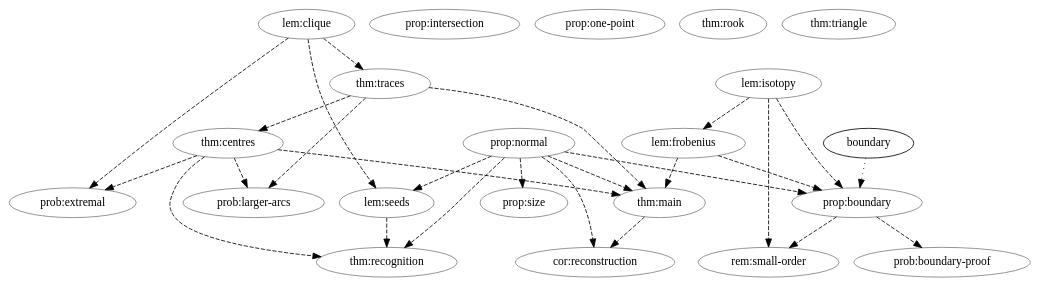
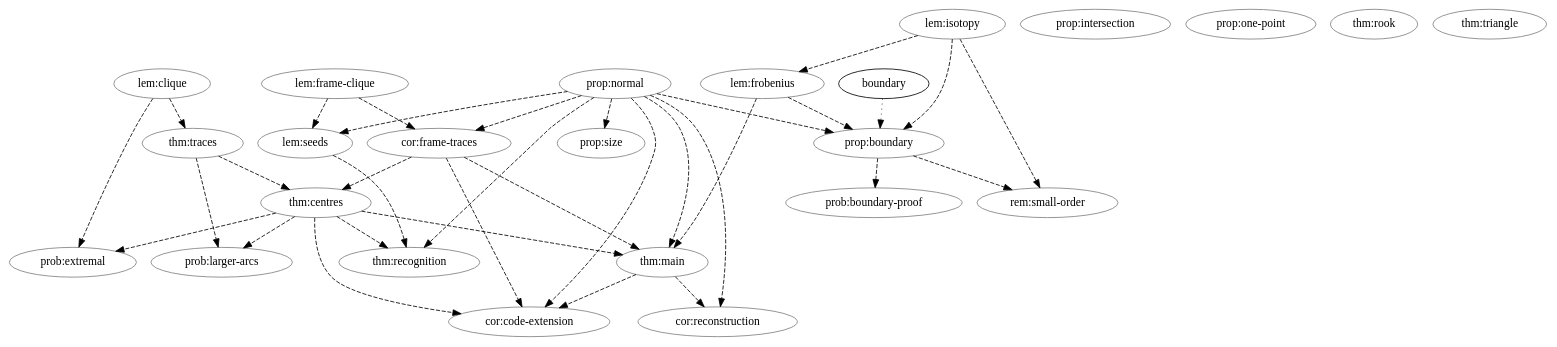
Before and after one commit to tavisrudd/othello: the diagram in papers/continuation-graph-rigidity/verification/dependency-graph.dot, drawn with Graphviz. The commit also changed 22 other files, not shown here.

```diff
--- a/papers/continuation-graph-rigidity/verification/dependency-graph.dot
+++ b/papers/continuation-graph-rigidity/verification/dependency-graph.dot
@@ -1,48 +1,58 @@
 digraph claims {
+  "cor:code-extension" [color="gray"];
+  "thm:main" -> "cor:code-extension" [style=dashed];
+  "prop:normal" -> "cor:code-extension" [style=dashed];
+  "cor:frame-traces" -> "cor:code-extension" [style=dashed];
+  "thm:centres" -> "cor:code-extension" [style=dashed];
+  "cor:frame-traces" [color="gray"];
+  "lem:frame-clique" -> "cor:frame-traces" [style=dashed];
+  "prop:normal" -> "cor:frame-traces" [style=dashed];
   "cor:reconstruction" [color="gray"];
   "thm:main" -> "cor:reconstruction" [style=dashed];
   "prop:normal" -> "cor:reconstruction" [style=dashed];
   "lem:clique" [color="gray"];
+  "lem:frame-clique" [color="gray"];
   "lem:frobenius" [color="gray"];
   "lem:isotopy" -> "lem:frobenius" [style=dashed];
   "lem:isotopy" [color="gray"];
   "lem:seeds" [color="gray"];
   "prop:normal" -> "lem:seeds" [style=dashed];
-  "lem:clique" -> "lem:seeds" [style=dashed];
+  "lem:frame-clique" -> "lem:seeds" [style=dashed];
   "prob:boundary-proof" [color="gray"];
   "prop:boundary" -> "prob:boundary-proof" [style=dashed];
   "prob:extremal" [color="gray"];
   "lem:clique" -> "prob:extremal" [style=dashed];
   "thm:centres" -> "prob:extremal" [style=dashed];
   "prob:larger-arcs" [color="gray"];
   "thm:traces" -> "prob:larger-arcs" [style=dashed];
   "thm:centres" -> "prob:larger-arcs" [style=dashed];
   "prop:boundary" [color="gray"];
   "prop:normal" -> "prop:boundary" [style=dashed];
   "lem:isotopy" -> "prop:boundary" [style=dashed];
   "lem:frobenius" -> "prop:boundary" [style=dashed];
   "boundary" -> "prop:boundary" [style=dotted];
   "prop:intersection" [color="gray"];
   "prop:normal" [color="gray"];
   "prop:one-point" [color="gray"];
   "prop:size" [color="gray"];
   "prop:normal" -> "prop:size" [style=dashed];
   "rem:small-order" [color="gray"];
   "prop:boundary" -> "rem:small-order" [style=dashed];
   "lem:isotopy" -> "rem:small-order" [style=dashed];
   "thm:centres" [color="gray"];
+  "cor:frame-traces" -> "thm:centres" [style=dashed];
   "thm:traces" -> "thm:centres" [style=dashed];
   "thm:main" [color="gray"];
-  "thm:traces" -> "thm:main" [style=dashed];
+  "cor:frame-traces" -> "thm:main" [style=dashed];
   "thm:centres" -> "thm:main" [style=dashed];
   "prop:normal" -> "thm:main" [style=dashed];
   "lem:frobenius" -> "thm:main" [style=dashed];
   "thm:recognition" [color="gray"];
   "lem:seeds" -> "thm:recognition" [style=dashed];
   "thm:centres" -> "thm:recognition" [style=dashed];
   "prop:normal" -> "thm:recognition" [style=dashed];
   "thm:rook" [color="gray"];
   "thm:traces" [color="gray"];
   "lem:clique" -> "thm:traces" [style=dashed];
   "thm:triangle" [color="gray"];
 }
```
